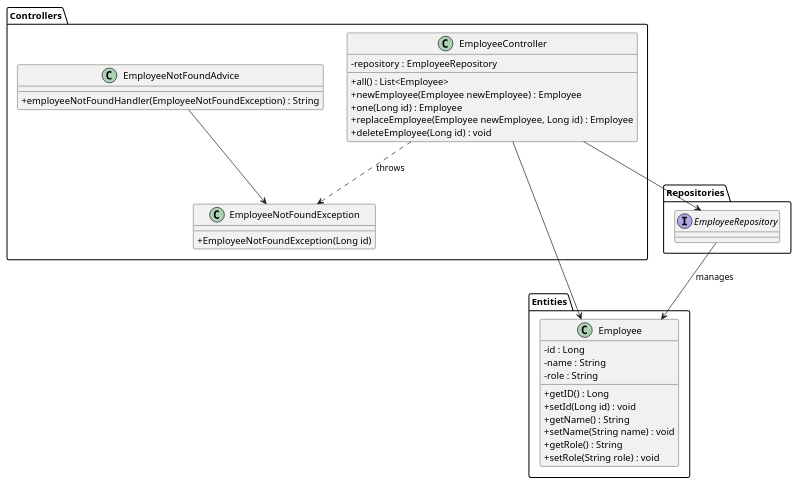
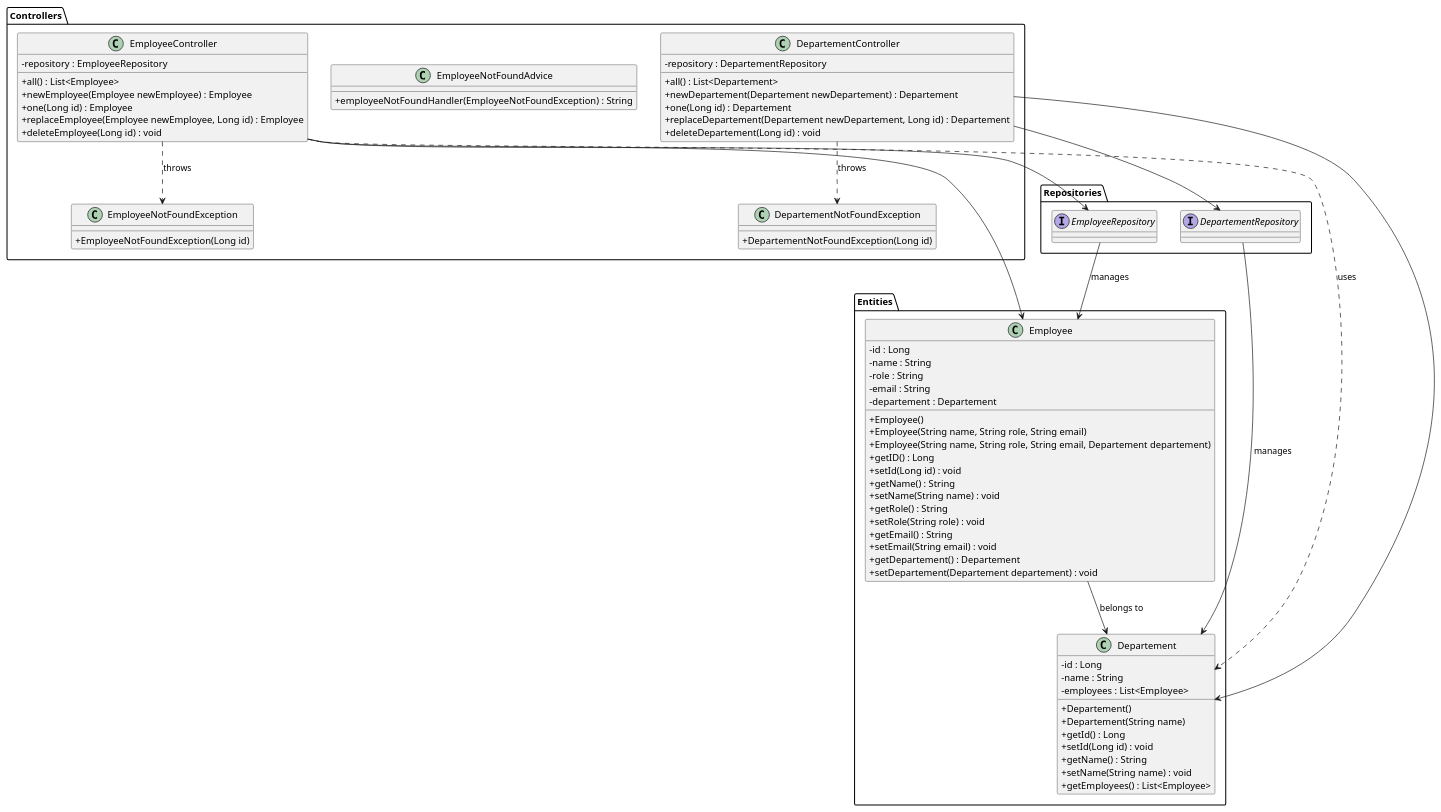
One commit to EthannSchneider/Payroll changed the diagram in docs/classDiagram.puml. Above: the diagram before and after it, drawn with PlantUML.

Commit message:
feat: expand class diagram with DepartementController and Departement entities

```diff
--- a/docs/classDiagram.puml
+++ b/docs/classDiagram.puml
@@ -1,52 +1,92 @@
 @startuml
 
 skinparam classAttributeIconSize 0
 
 'packages
 package "Controllers"
 {
     class EmployeeController{
         -repository : EmployeeRepository
         +all() : List<Employee>
         +newEmployee(Employee newEmployee) : Employee
         +one(Long id) : Employee
         +replaceEmployee(Employee newEmployee, Long id) : Employee
         +deleteEmployee(Long id) : void
     }
     class EmployeeNotFoundAdvice{
         +employeeNotFoundHandler(EmployeeNotFoundException) : String
     }
     class EmployeeNotFoundException{
         +EmployeeNotFoundException(Long id)
     }
+    class DepartementController{
+        -repository : DepartementRepository
+        +all() : List<Departement>
+        +newDepartement(Departement newDepartement) : Departement
+        +one(Long id) : Departement
+        +replaceDepartement(Departement newDepartement, Long id) : Departement
+        +deleteDepartement(Long id) : void
+    }
+    class DepartementNotFoundException{
+        +DepartementNotFoundException(Long id)
+    }
 }
 
 package "Entities"
 {
     class Employee{
         -id : Long
         -name : String
         -role : String
+        -email : String
+        -departement : Departement
+        +Employee()
+        +Employee(String name, String role, String email)
+        +Employee(String name, String role, String email, Departement departement)
         +getID() : Long
         +setId(Long id) : void
         +getName() : String
         +setName(String name) : void
         +getRole() : String
         +setRole(String role) : void
+        +getEmail() : String
+        +setEmail(String email) : void
+        +getDepartement() : Departement
+        +setDepartement(Departement departement) : void
+    }
+    class Departement{
+        -id : Long
+        -name : String
+        -employees : List<Employee>
+        +Departement()
+        +Departement(String name)
+        +getId() : Long
+        +setId(Long id) : void
+        +getName() : String
+        +setName(String name) : void
+        +getEmployees() : List<Employee>
     }
 }
 
 package "Repositories"
 {
     interface EmployeeRepository{}
+    interface DepartementRepository{}
 }
 
 'relations
 EmployeeController --> Employee
 EmployeeController --> EmployeeRepository
+EmployeeController ..> EmployeeNotFoundException : throws
 
 EmployeeRepository --> Employee : manages
 
-EmployeeController ..> EmployeeNotFoundException : throws
-EmployeeNotFoundAdvice --> EmployeeNotFoundException
+EmployeeController ..> Departement : uses
+Employee --> Departement : belongs to
+
+DepartementController --> Departement
+DepartementController --> DepartementRepository
+DepartementController ..> DepartementNotFoundException : throws
+
+DepartementRepository --> Departement : manages
 @enduml
```
